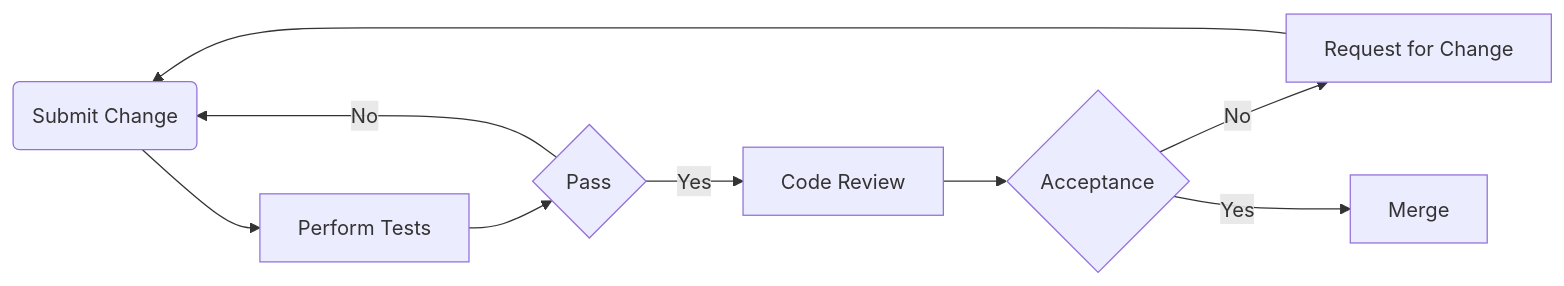
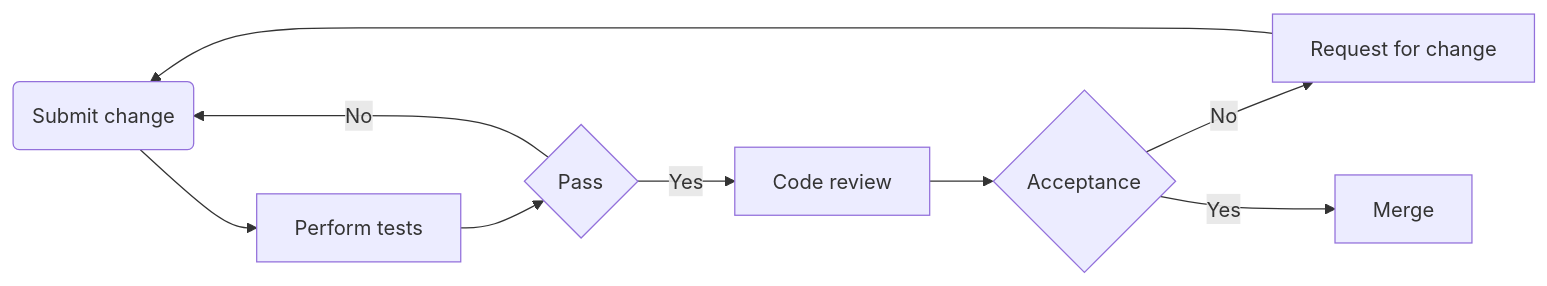
Before and after one commit to acid-info/development-guidelines: the diagram in development-process.md, drawn with Mermaid. The commit also changed other lines of this file, not shown here.

````diff
--- a/development-process.md
+++ b/development-process.md
@@ -30,10 +32,10 @@
 ```mermaid
 graph LR
-    A(Submit Change) --> B[Perform Tests]
+    A(Submit change) --> B[Perform tests]
     --> B1{Pass}
-    B1-- Yes --> C[Code Review]
+    B1-- Yes --> C[Code review]
     B1-- No --> A
     C--> C1{Acceptance}
-    C1-- No --> C2[Request for Change] --> A
+    C1-- No --> C2[Request for change] --> A
     C1-- Yes --> D[Merge]
 ```
````
